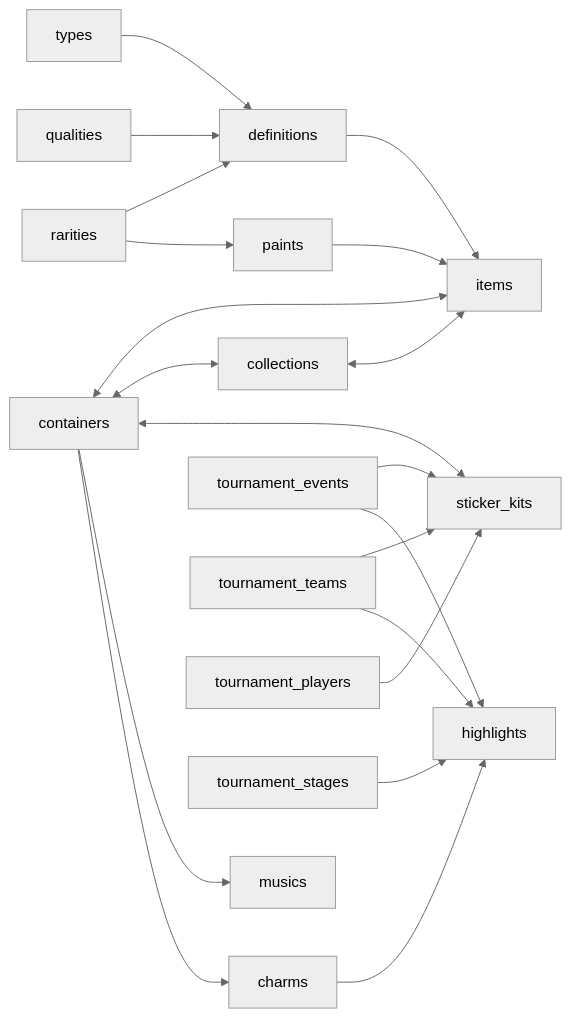
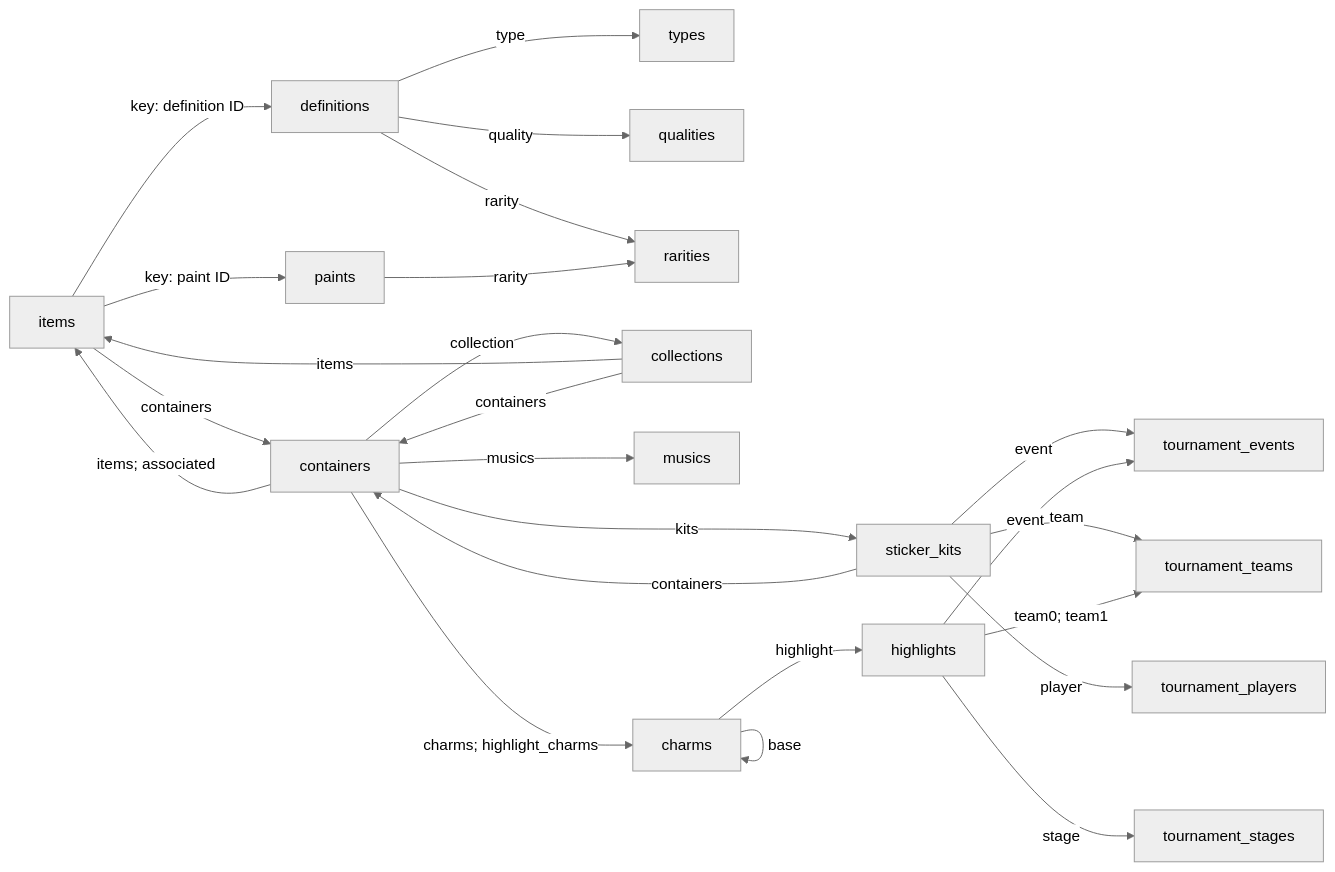
One commit to somespecialone/cs2-items-schema changed the first of 2 diagrams in README.md. Above: the diagram before and after it, drawn with Mermaid (neutral theme). The commit also changed other lines of this file, not shown here.

````diff
--- a/README.md
+++ b/README.md
@@ -26,22 +26,26 @@
 ```mermaid
 flowchart LR
-    types[types] --> definitions[definitions]
-    qualities[qualities] --> definitions
-    rarities[rarities] --> definitions
-    rarities --> paints[paints]
-    definitions --> items[items]
-    paints --> items
-    containers[containers] <--> items
-    collections[collections] <--> items
-    containers <--> collections
-    containers <--> sticker_kits[sticker_kits]
-    containers --> musics[musics]
-    containers --> charms[charms]
-    charms --> highlights[highlights]
-    tournament_events[tournament_events] --> sticker_kits
-    tournament_events --> highlights
-    tournament_teams[tournament_teams] --> sticker_kits
-    tournament_teams --> highlights
-    tournament_players[tournament_players] --> sticker_kits
-    tournament_stages[tournament_stages] --> highlights
+    definitions -->|type| types[types]
+    definitions -->|quality| qualities[qualities]
+    definitions -->|rarity| rarities[rarities]
+    paints[paints] -->|rarity| rarities
+    items[items] -->|key: definition ID| definitions
+    items -->|key: paint ID| paints
+    items -->|containers| containers[containers]
+    containers -->|items; associated| items
+    collections[collections] -->|items| items
+    collections -->|containers| containers
+    containers -->|collection| collections
+    sticker_kits[sticker_kits] -->|containers| containers
+    containers -->|kits| sticker_kits
+    containers -->|musics| musics[musics]
+    containers -->|charms; highlight_charms| charms[charms]
+    charms -->|base| charms
+    charms -->|highlight| highlights[highlights]
+    sticker_kits -->|event| tournament_events[tournament_events]
+    highlights -->|event| tournament_events
+    sticker_kits -->|team| tournament_teams[tournament_teams]
+    highlights -->|team0; team1| tournament_teams
+    sticker_kits -->|player| tournament_players[tournament_players]
+    highlights -->|stage| tournament_stages[tournament_stages]
 ```
````
